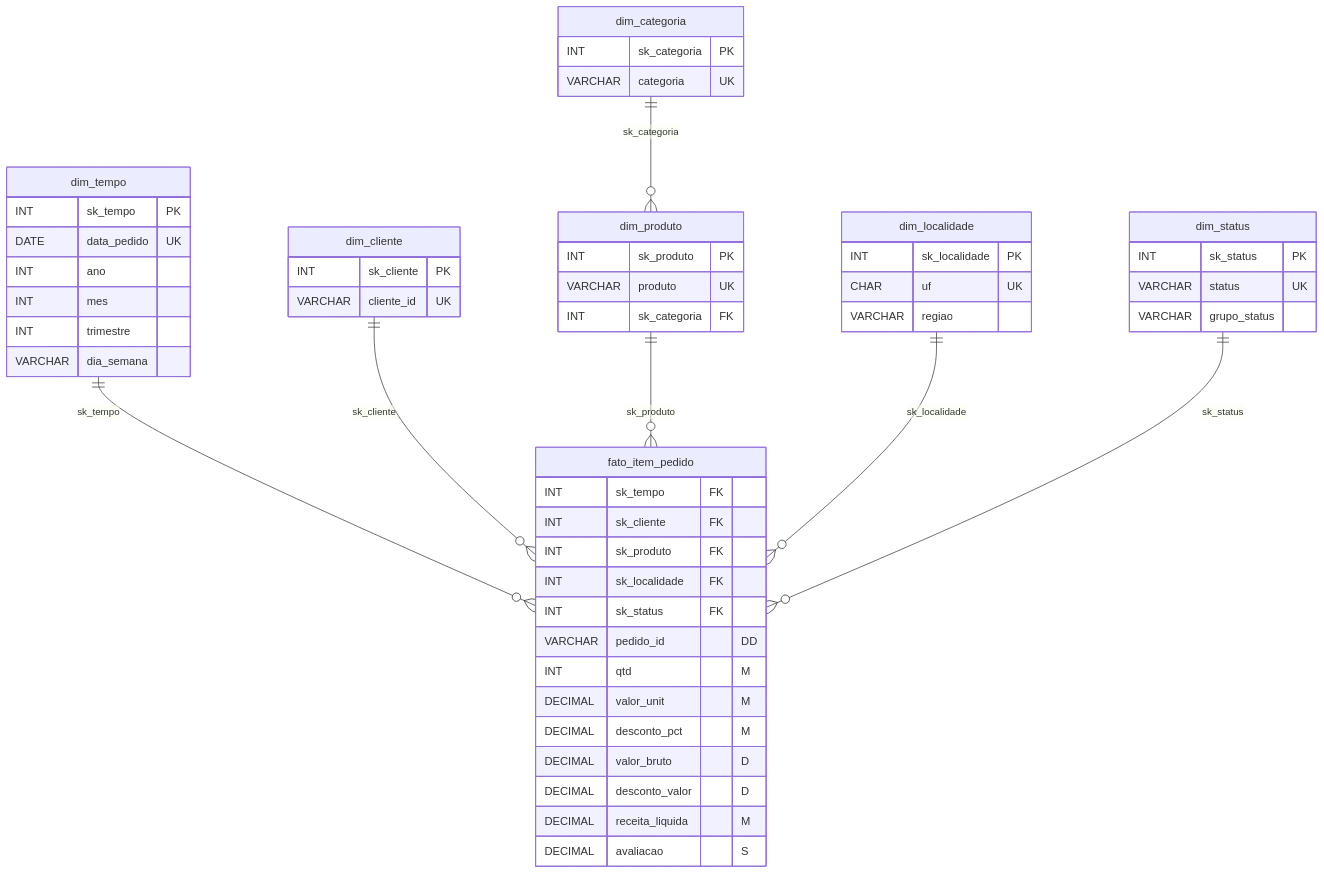
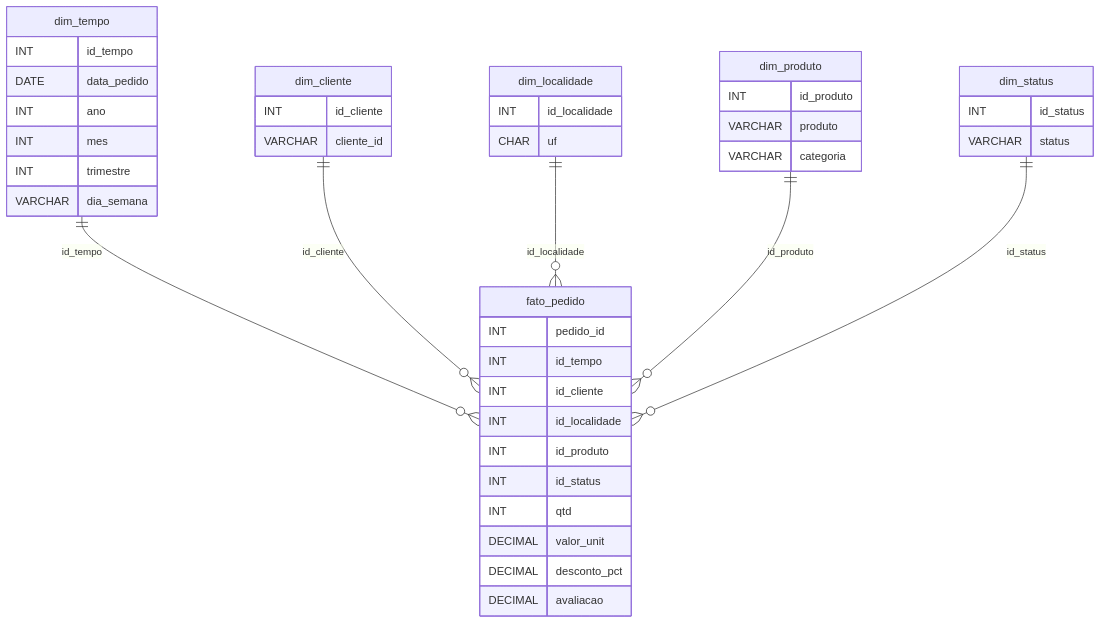
Before and after one commit to diogorblessa/projeto-analise-dados-DuckDB: the diagram in artifacts/diagrams/DER_MODELO_DIMENSIONAL_BLOCO_7.md, drawn with Mermaid. The commit also changed other lines of this file and 7 other files, not shown here.

````diff
--- a/artifacts/diagrams/DER_MODELO_DIMENSIONAL_BLOCO_7.md
+++ b/artifacts/diagrams/DER_MODELO_DIMENSIONAL_BLOCO_7.md
@@ -7,62 +22,51 @@
 ```mermaid
 erDiagram
-    dim_tempo ||--o{ fato_item_pedido : sk_tempo
-    dim_cliente ||--o{ fato_item_pedido : sk_cliente
-    dim_produto ||--o{ fato_item_pedido : sk_produto
-    dim_localidade ||--o{ fato_item_pedido : sk_localidade
-    dim_status ||--o{ fato_item_pedido : sk_status
-    dim_categoria ||--o{ dim_produto : sk_categoria
+    dim_tempo ||--o{ fato_pedido : id_tempo
+    dim_cliente ||--o{ fato_pedido : id_cliente
+    dim_localidade ||--o{ fato_pedido : id_localidade
+    dim_produto ||--o{ fato_pedido : id_produto
+    dim_status ||--o{ fato_pedido : id_status
 
-    fato_item_pedido {
-        INT sk_tempo FK
-        INT sk_cliente FK
-        INT sk_produto FK
-        INT sk_localidade FK
-        INT sk_status FK
-        VARCHAR pedido_id "DD"
-        INT qtd "M"
-        DECIMAL valor_unit "M"
-        DECIMAL desconto_pct "M"
-        DECIMAL valor_bruto "D"
-        DECIMAL desconto_valor "D"
-        DECIMAL receita_liquida "M"
-        DECIMAL avaliacao "S"
+    fato_pedido {
+        INT pedido_id
+        INT id_tempo
+        INT id_cliente
+        INT id_localidade
+        INT id_produto
+        INT id_status
+        INT qtd
+        DECIMAL valor_unit
+        DECIMAL desconto_pct
+        DECIMAL avaliacao
     }
 
     dim_tempo {
-        INT sk_tempo PK
-        DATE data_pedido UK
+        INT id_tempo
+        DATE data_pedido
         INT ano
         INT mes
         INT trimestre
         VARCHAR dia_semana
     }
 
     dim_cliente {
-        INT sk_cliente PK
-        VARCHAR cliente_id UK
+        INT id_cliente
+        VARCHAR cliente_id
+    }
+
+    dim_localidade {
+        INT id_localidade
+        CHAR uf
     }
 
     dim_produto {
-        INT sk_produto PK
-        VARCHAR produto UK
-        INT sk_categoria FK
-    }
-
-    dim_categoria {
-        INT sk_categoria PK
-        VARCHAR categoria UK
-    }
-
-    dim_localidade {
-        INT sk_localidade PK
-        CHAR uf UK
-        VARCHAR regiao
+        INT id_produto
+        VARCHAR produto
+        VARCHAR categoria
     }
 
     dim_status {
-        INT sk_status PK
-        VARCHAR status UK
-        VARCHAR grupo_status
+        INT id_status
+        VARCHAR status
     }
 ```
````
